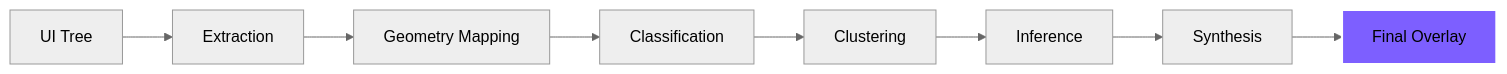
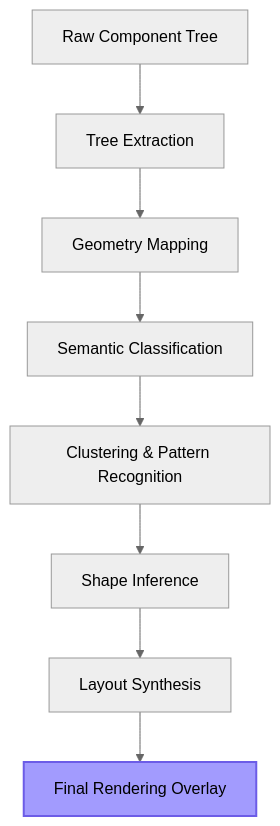
Before and after one commit to ingointo/skelon: the diagram in README.md, drawn with Mermaid (neutral theme). The commit also changed other lines of this file, not shown here.

````diff
--- a/README.md
+++ b/README.md
@@ -79,11 +109,12 @@
 ```mermaid
-graph LR
-    A[UI Tree] --> B[Extraction]
+graph TD
+    A[Raw Component Tree] --> B[Tree Extraction]
     B --> C[Geometry Mapping]
-    C --> D[Classification]
-    D --> E[Clustering]
-    E --> F[Inference]
-    F --> G[Synthesis]
-    G --> H[Final Overlay]
-    style H fill:#7d5fff,stroke:#fff,stroke-width:2px
+    C --> D[Semantic Classification]
+    D --> E[Clustering & Pattern Recognition]
+    E --> F[Shape Inference]
+    F --> G[Layout Synthesis]
+    G --> H[Final Rendering Overlay]
+    
+    style H fill:#a29bfe,stroke:#6c5ce7,stroke-width:2px
 ```
````
